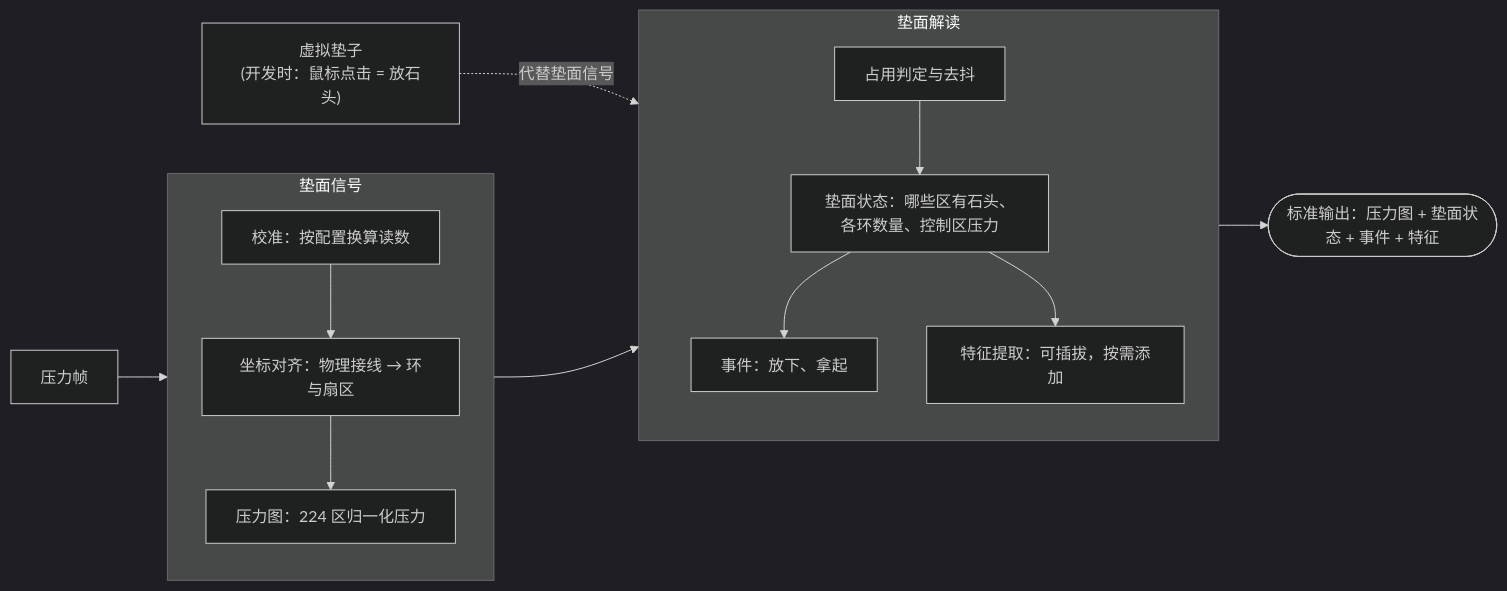
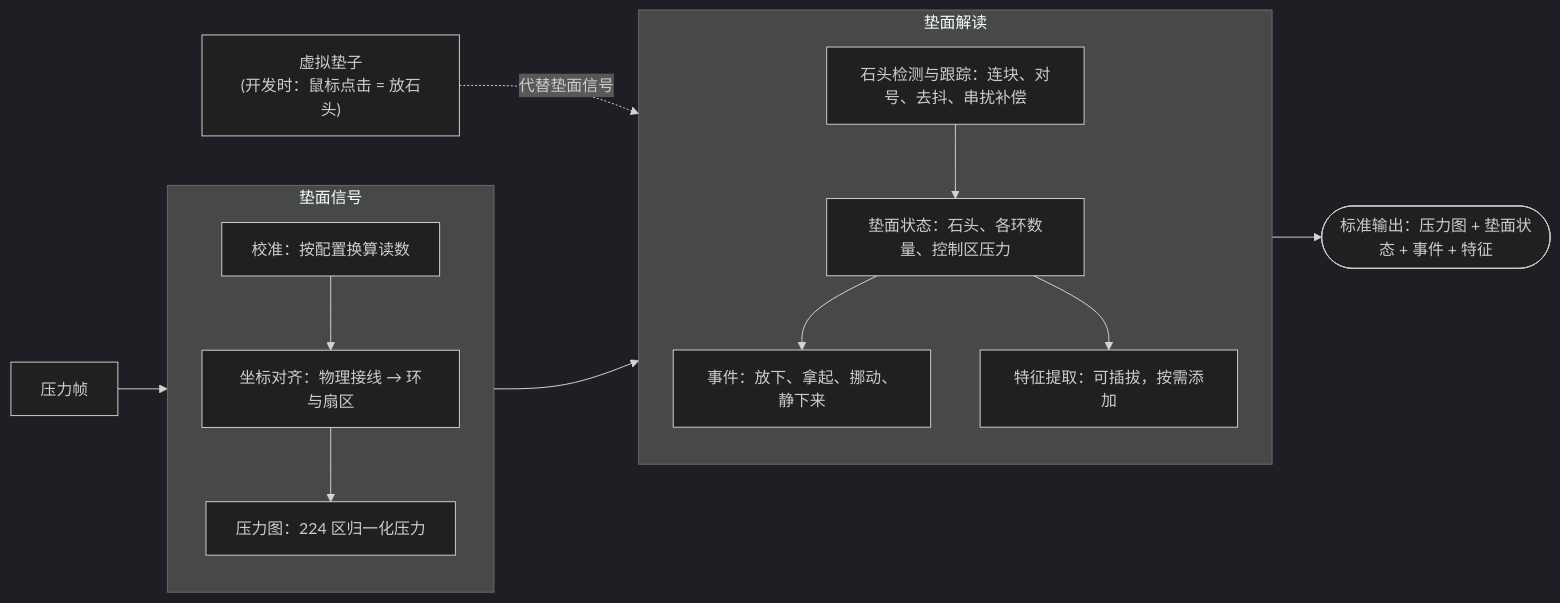
The third of 8 diagrams in docs/ARCHITECTURE.md (mukimasta/soundmat), drawn with Mermaid (dark theme) before and after one commit. The commit also changed other lines of this file and 34 other files, not shown here.

````diff
--- a/docs/ARCHITECTURE.md
+++ b/docs/ARCHITECTURE.md
@@ -86,22 +86,22 @@
 ```mermaid
 flowchart LR
     Frame["压力帧"] --> Signal
     VirtualMat["虚拟垫子<br/>(开发时：鼠标点击 = 放石头)"] -.->|代替垫面信号| Interpret
 
     subgraph Signal["垫面信号"]
         direction TB
         Calib["校准：按配置换算读数"] --> Align["坐标对齐：物理接线 → 环与扇区"]
         Align --> Pressure["压力图：224 区归一化压力"]
     end
 
     Signal --> Interpret
 
     subgraph Interpret["垫面解读"]
         direction TB
-        Occupancy["占用判定与去抖"] --> State["垫面状态：哪些区有石头、各环数量、控制区压力"]
-        State --> Events["事件：放下、拿起"]
+        Occupancy["石头检测与跟踪：连块、对号、去抖、串扰补偿"] --> State["垫面状态：石头、各环数量、控制区压力"]
+        State --> Events["事件：放下、拿起、挪动、静下来"]
         State --> Features["特征提取：可插拔，按需添加"]
     end
 
     Interpret --> Out(["标准输出：压力图 + 垫面状态 + 事件 + 特征"])
 ```
````
